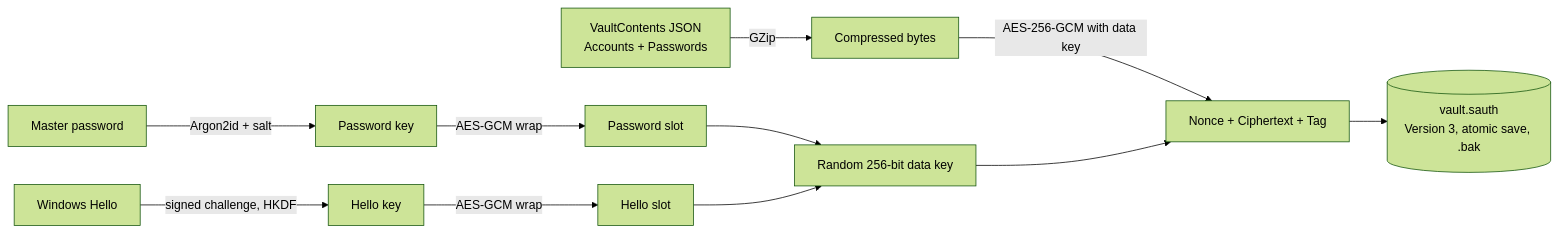
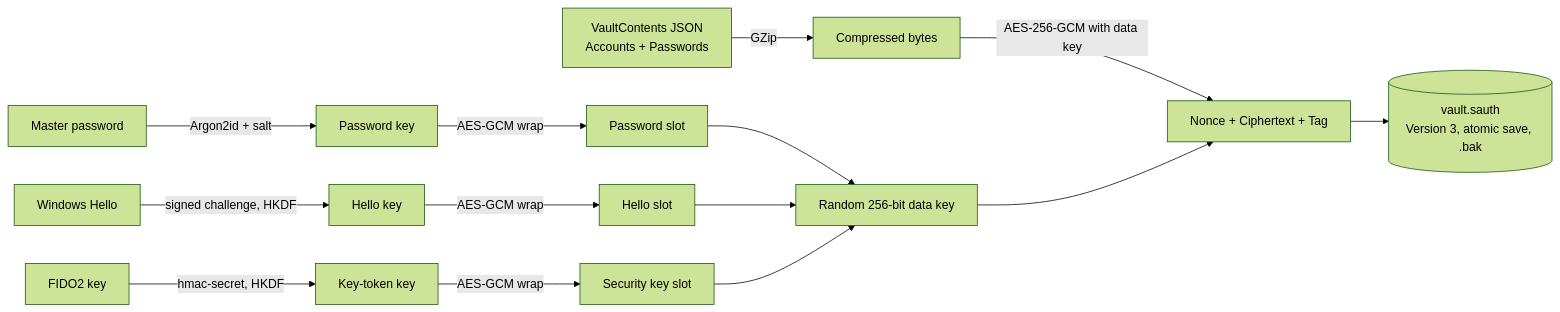
Before and after one commit to GabrielVergara/MasterSafeAuthenticator: the third of 4 diagrams in docs/Documentation.md, drawn with Mermaid (forest theme). The commit also changed other lines of this file and 16 other files, not shown here.

First line of the commit message:
Add FIDO2 security key unlock for Windows

````diff
--- a/docs/Documentation.md
+++ b/docs/Documentation.md
@@ -56,13 +56,16 @@
 ```mermaid
 flowchart LR
     MP[Master password] -->|Argon2id + salt| KEK1[Password key]
     HE[Windows Hello] -->|signed challenge, HKDF| KEK2[Hello key]
+    FK[FIDO2 key] -->|hmac-secret, HKDF| KEK3[Key-token key]
     KEK1 -->|AES-GCM wrap| S1[Password slot]
     KEK2 -->|AES-GCM wrap| S2[Hello slot]
+    KEK3 -->|AES-GCM wrap| S3[Security key slot]
     S1 --> DEK[Random 256-bit data key]
     S2 --> DEK
+    S3 --> DEK
     C[VaultContents JSON<br/>Accounts + Passwords] -->|GZip| Z[Compressed bytes]
     Z -->|AES-256-GCM with data key| E[Nonce + Ciphertext + Tag]
     DEK --> E
     E --> VF[(vault.sauth<br/>Version 3, atomic save, .bak)]
 ```
````
